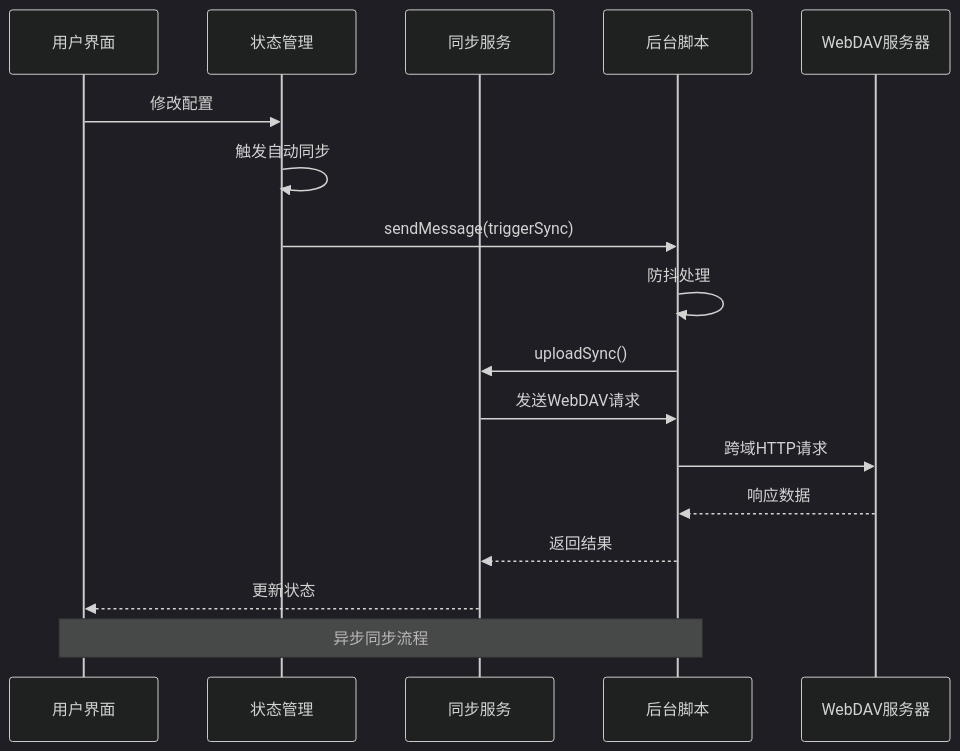
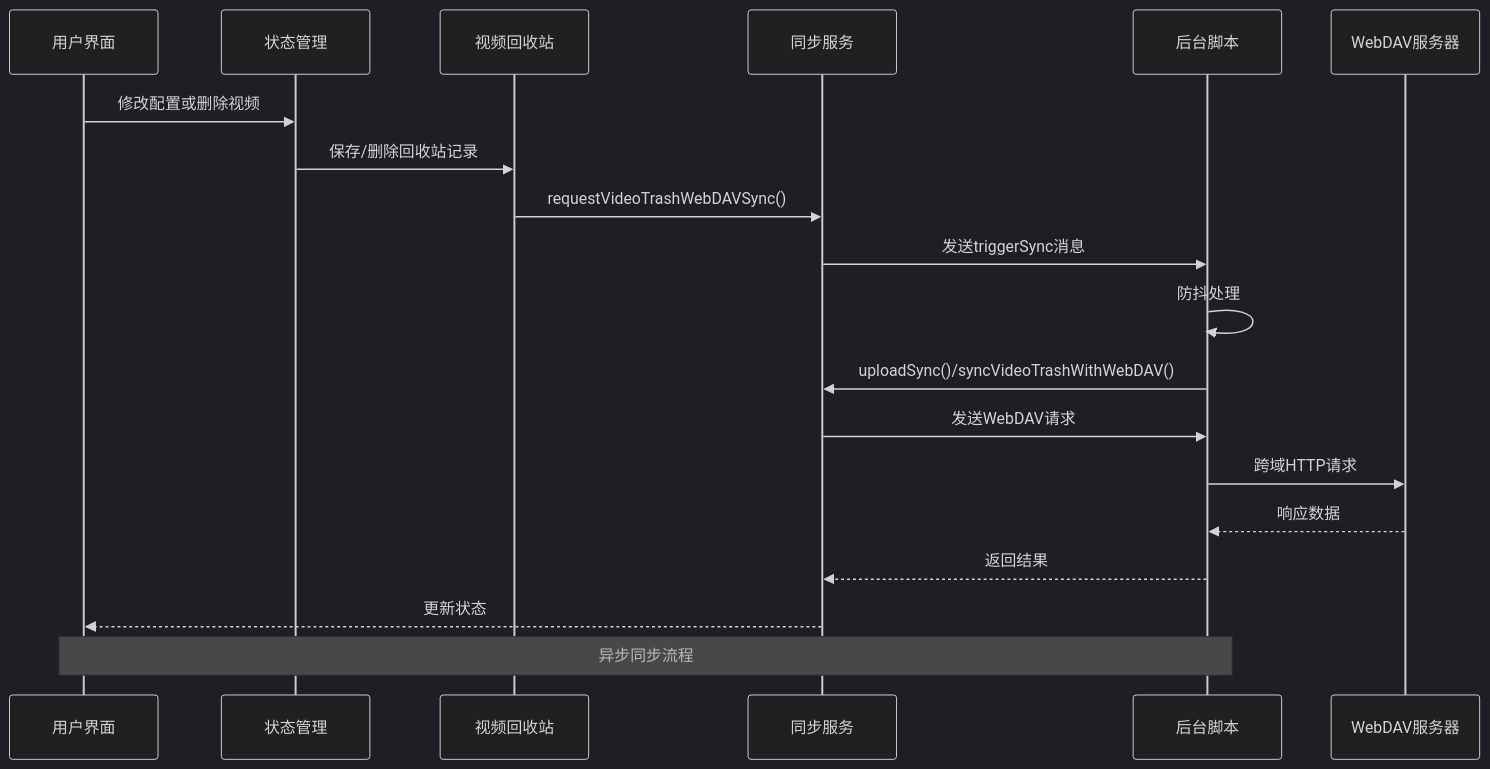
Before and after one commit to RadiumAg/bilibili-favorites: the second of 17 diagrams in .qoder/repowiki/zh/content/核心功能模块/WebDAV云同步系统.md, drawn with Mermaid (dark theme). The commit also changed other lines of this file and 47 other files, not shown here.

````diff
--- a/.qoder/repowiki/zh/content/核心功能模块/WebDAV云同步系统.md
+++ b/.qoder/repowiki/zh/content/核心功能模块/WebDAV云同步系统.md
@@ -123,19 +132,21 @@
 ```mermaid
 sequenceDiagram
 participant UI as 用户界面
 participant Store as 状态管理
+participant Trash as 视频回收站
 participant Sync as 同步服务
 participant BG as 后台脚本
 participant Server as WebDAV服务器
-UI->>Store : 修改配置
-Store->>Store : 触发自动同步
-Store->>BG : sendMessage(triggerSync)
+UI->>Store : 修改配置或删除视频
+Store->>Trash : 保存/删除回收站记录
+Trash->>Sync : requestVideoTrashWebDAVSync()
+Sync->>BG : 发送triggerSync消息
 BG->>BG : 防抖处理
-BG->>Sync : uploadSync()
+BG->>Sync : uploadSync()/syncVideoTrashWithWebDAV()
 Sync->>BG : 发送WebDAV请求
 BG->>Server : 跨域HTTP请求
 Server-->>BG : 响应数据
 BG-->>Sync : 返回结果
 Sync-->>UI : 更新状态
 Note over UI,BG : 异步同步流程
 ```
````
